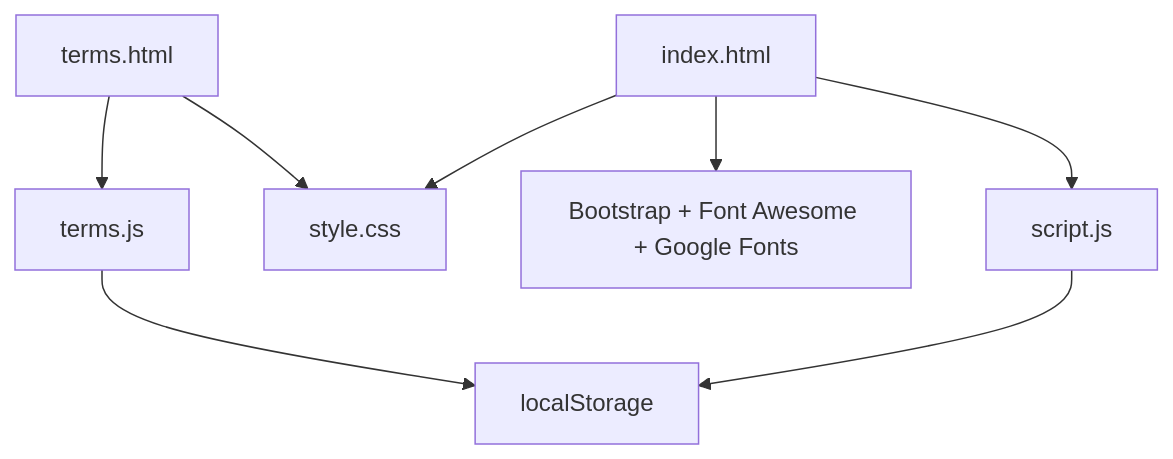
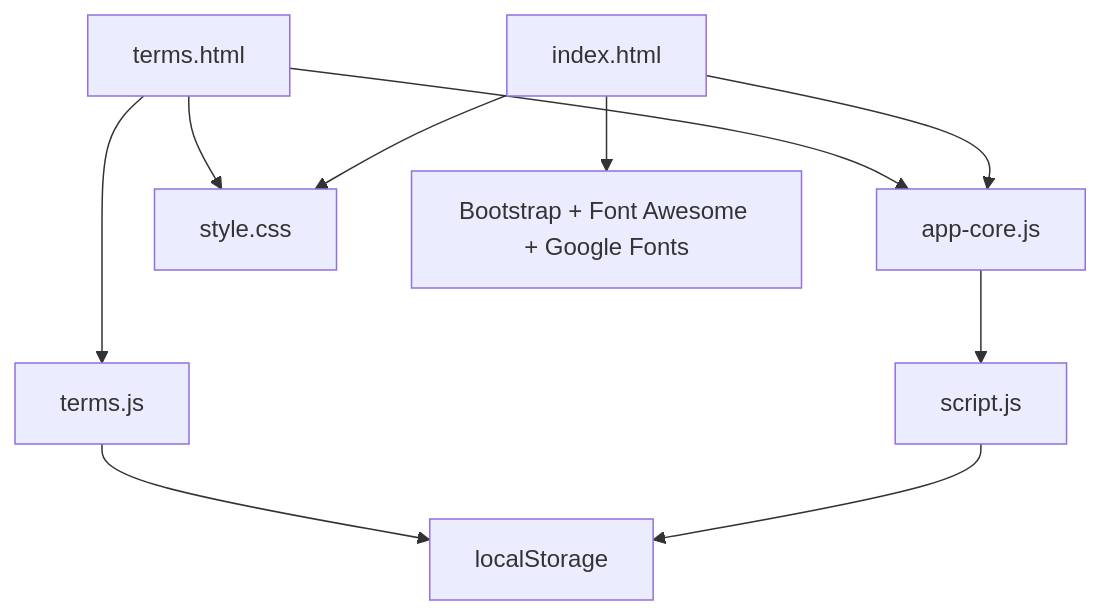
The diagram in README.md (Ehuana/VehicleImportTaxCalc), drawn with Mermaid before and after one commit. The commit also changed other lines of this file and 6 other files, not shown here.

````diff
--- a/README.md
+++ b/README.md
@@ -51,10 +51,12 @@
 ```mermaid
 flowchart TD
-	A[index.html] --> B[script.js]
+	A[index.html] --> H[app-core.js]
+	H --> B[script.js]
 	A --> C[style.css]
 	A --> D[Bootstrap + Font Awesome + Google Fonts]
-	E[terms.html] --> F[terms.js]
+	E[terms.html] --> H
+	E --> F[terms.js]
 	E --> C
 	B --> G[localStorage]
 	F --> G
 ```
````
